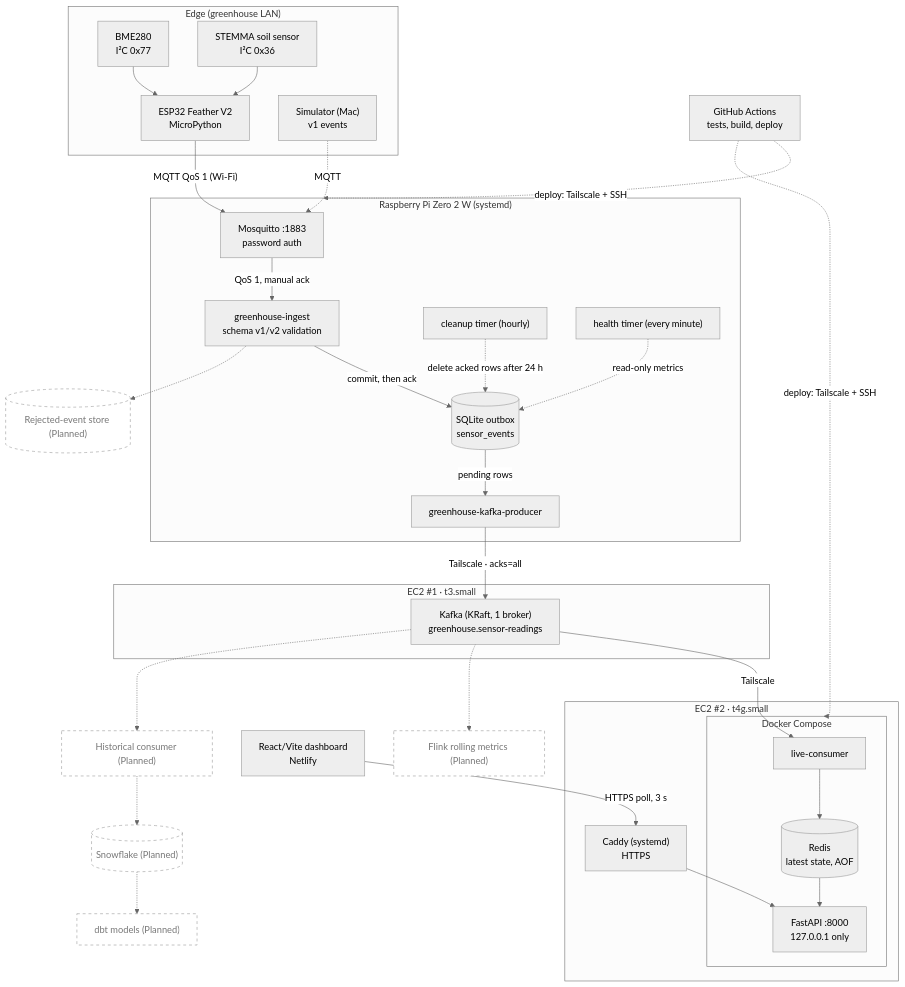
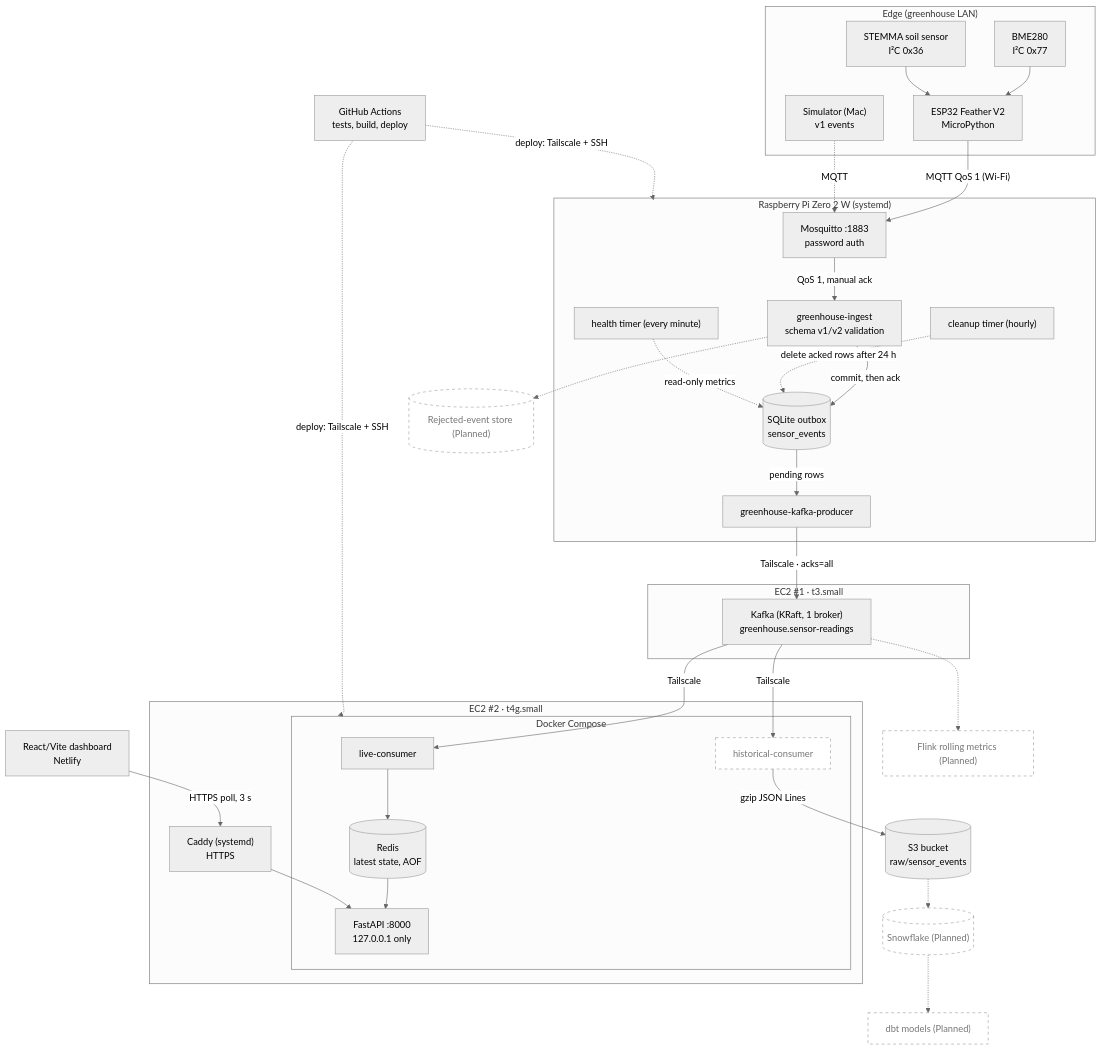
One commit to 0GregoryJ/greenhouse-iot-streaming-pipeline changed the diagram in docs/architecture.md. Above: the diagram before and after it, drawn with Mermaid (neutral theme). The commit also changed other lines of this file and 26 other files, not shown here.

Commit message:
Added historical consumer -> S3 bucket

````diff
--- a/docs/architecture.md
+++ b/docs/architecture.md
@@ -9,58 +9,60 @@
 ```mermaid
 flowchart TB
   subgraph edge["Edge (greenhouse LAN)"]
     bme["BME280<br/>I²C 0x77"] --> esp["ESP32 Feather V2<br/>MicroPython"]
     soil["STEMMA soil sensor<br/>I²C 0x36"] --> esp
     sim["Simulator (Mac)<br/>v1 events"]
   end
 
   subgraph pi["Raspberry Pi Zero 2 W (systemd)"]
     mqtt["Mosquitto :1883<br/>password auth"]
     ingest["greenhouse-ingest<br/>schema v1/v2 validation"]
     sqlite[("SQLite outbox<br/>sensor_events")]
     prod["greenhouse-kafka-producer"]
     clean["cleanup timer (hourly)"]
     health["health timer (every minute)"]
     mqtt -->|"QoS 1, manual ack"| ingest
     ingest -->|"commit, then ack"| sqlite
     sqlite -->|"pending rows"| prod
     clean -.->|"delete acked rows after 24 h"| sqlite
     health -.->|"read-only metrics"| sqlite
   end
 
   subgraph ec2a["EC2 #1 · t3.small"]
     kafka["Kafka (KRaft, 1 broker)<br/>greenhouse.sensor-readings"]
   end
 
   subgraph ec2b["EC2 #2 · t4g.small"]
     subgraph compose["Docker Compose"]
       consumer["live-consumer"]
+      hist["historical-consumer"]
       redis[("Redis<br/>latest state, AOF")]
       api["FastAPI :8000<br/>127.0.0.1 only"]
     end
     caddy["Caddy (systemd)<br/>HTTPS"]
     consumer --> redis
     redis --> api
     caddy --> api
   end
 
   dash["React/Vite dashboard<br/>Netlify"]
   gha["GitHub Actions<br/>tests, build, deploy"]
 
   esp -->|"MQTT QoS 1 (Wi-Fi)"| mqtt
   sim -.->|"MQTT"| mqtt
   prod -->|"Tailscale · acks=all"| kafka
   kafka -->|"Tailscale"| consumer
+  kafka -->|"Tailscale"| hist
+  hist -->|"gzip JSON Lines"| s3[("S3 bucket<br/>raw/sensor_events")]
   dash -->|"HTTPS poll, 3 s"| caddy
   gha -.->|"deploy: Tailscale + SSH"| pi
   gha -.->|"deploy: Tailscale + SSH"| compose
 
   kafka -.-> flink["Flink rolling metrics (Planned)"]
-  kafka -.-> hist["Historical consumer (Planned)"]
-  hist -.-> snow[("Snowflake (Planned)")]
+  s3 -.-> snow[("Snowflake (Planned)")]
   snow -.-> dbt["dbt models (Planned)"]
   ingest -.-> dlq[("Rejected-event store (Planned)")]
 
   classDef planned fill:#fff,stroke:#999,stroke-dasharray:5 5,color:#777;
   class flink,hist,snow,dbt,dlq planned;
 ```
````
